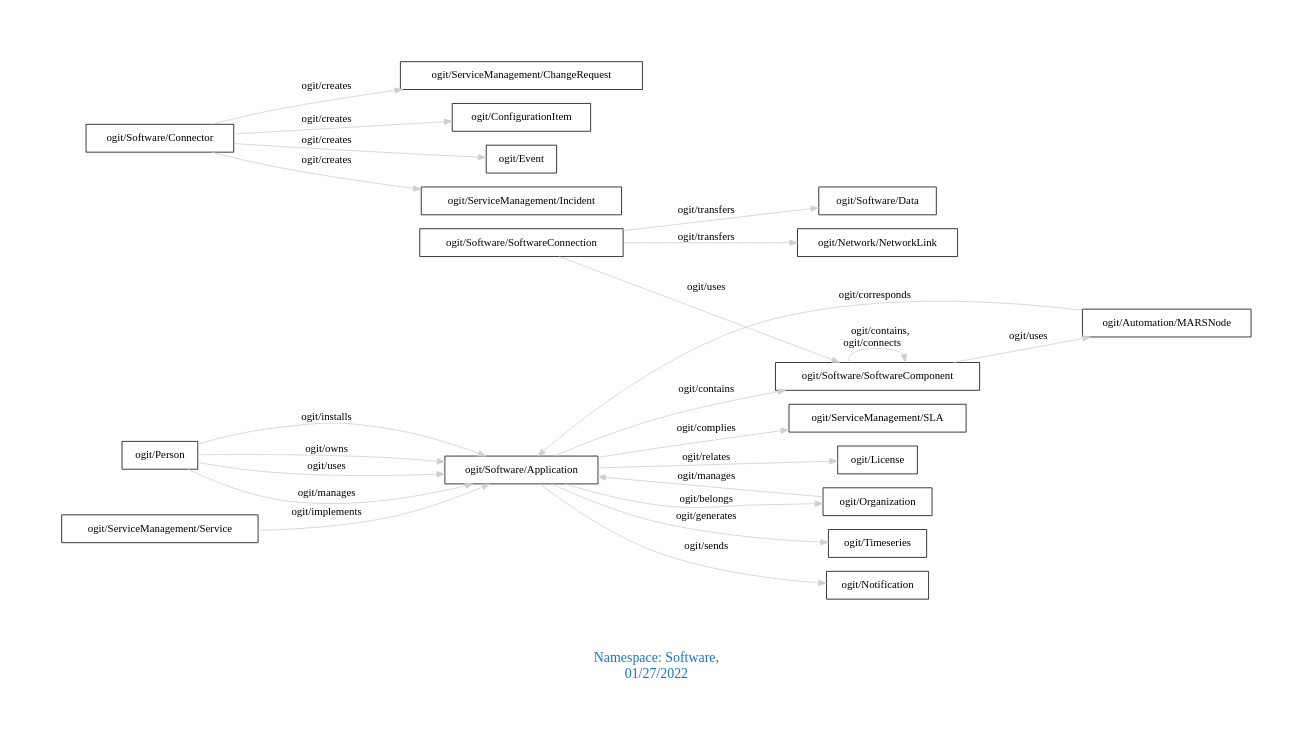
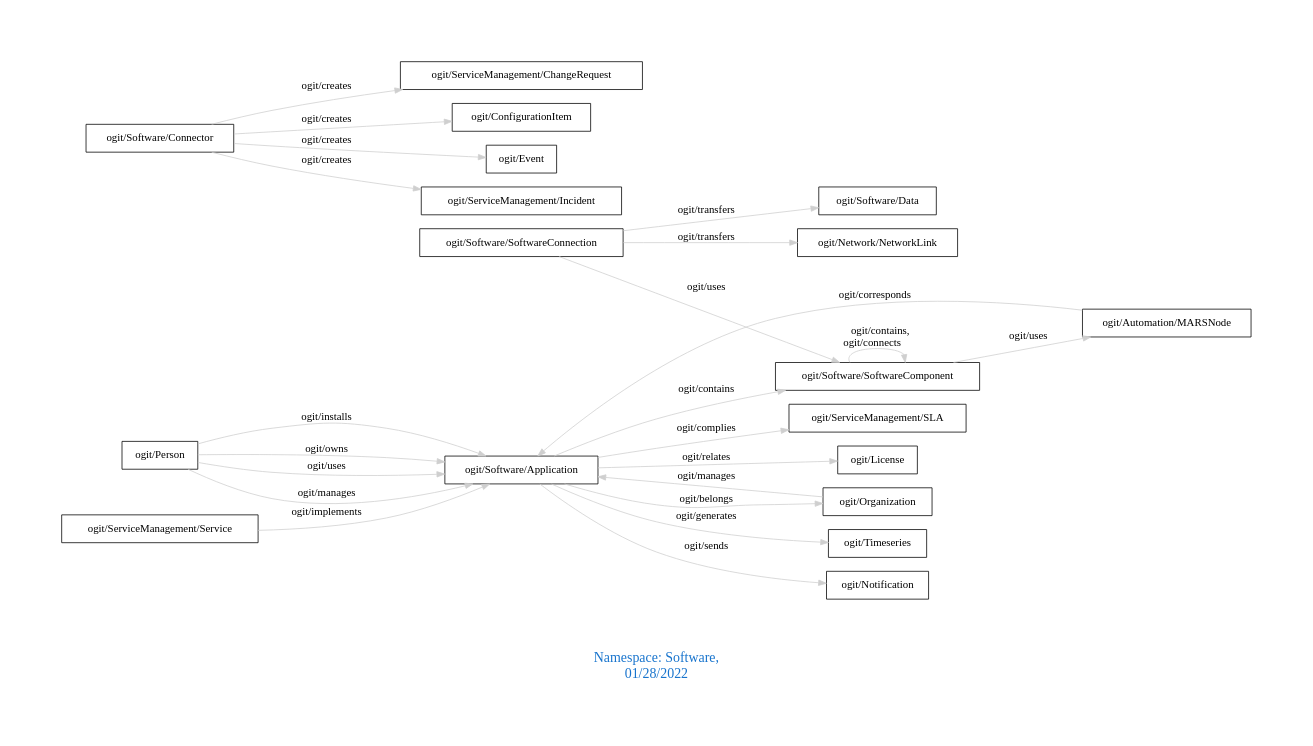
One commit to arago/OGIT changed the diagram in downloads/Software.dot. Above: the diagram before and after it, drawn with Graphviz. The commit also changed 1923 other files, not shown here.

```diff
--- a/downloads/Software.dot
+++ b/downloads/Software.dot
@@ -1,30 +1,30 @@
 digraph OGIT_ontology {
  graph [ rankdir= LR,pad=1 
 fontsize = 18,
-fontcolor= dodgerblue3,label = "\n\n\nNamespace: Software, \n 01/27/2022"];
+fontcolor= dodgerblue3,label = "\n\n\nNamespace: Software, \n 01/28/2022"];
 node[shape=polygon];
 edge [  color="gray81"];
 
    "ogit/Software/Application" -> "ogit/Software/SoftwareComponent" [label="   ogit/contains    "];
    "ogit/Organization" -> "ogit/Software/Application" [label="   ogit/manages    "];
    "ogit/Person" -> "ogit/Software/Application" [label="   ogit/manages    "];
    "ogit/Software/Application" -> "ogit/Timeseries" [label="   ogit/generates    "];
    "ogit/Software/Application" -> "ogit/Notification" [label="   ogit/sends    "];
    "ogit/Software/Connector" -> "ogit/ServiceManagement/ChangeRequest" [label="   ogit/creates    "];
    "ogit/Software/Connector" -> "ogit/ConfigurationItem" [label="   ogit/creates    "];
    "ogit/Software/Connector" -> "ogit/Event" [label="   ogit/creates    "];
    "ogit/Software/Connector" -> "ogit/ServiceManagement/Incident" [label="   ogit/creates    "];
    "ogit/Software/Application" -> "ogit/ServiceManagement/SLA" [label="   ogit/complies    "];
    "ogit/Automation/MARSNode" -> "ogit/Software/Application" [label="   ogit/corresponds    "];
    "ogit/Person" -> "ogit/Software/Application" [label="   ogit/installs    "];
    "ogit/Software/SoftwareConnection" -> "ogit/Software/Data" [label="   ogit/transfers    "];
    "ogit/Software/SoftwareConnection" -> "ogit/Network/NetworkLink" [label="   ogit/transfers    "];
    "ogit/ServiceManagement/Service" -> "ogit/Software/Application" [label="   ogit/implements    "];
    "ogit/Person" -> "ogit/Software/Application" [label="   ogit/owns    "];
    "ogit/Software/Application" -> "ogit/Organization" [label="   ogit/belongs    "];
+   "ogit/Software/SoftwareComponent" -> "ogit/Automation/MARSNode" [label="   ogit/uses    "];
    "ogit/Software/SoftwareConnection" -> "ogit/Software/SoftwareComponent" [label="   ogit/uses    "];
-   "ogit/Software/SoftwareComponent" -> "ogit/Automation/MARSNode" [label="   ogit/uses    "];
    "ogit/Person" -> "ogit/Software/Application" [label="   ogit/uses    "];
    "ogit/Software/Application" -> "ogit/License" [label="   ogit/relates    "];
    "ogit/Software/SoftwareComponent" -> "ogit/Software/SoftwareComponent" [label="   ogit/contains, \n ogit/connects    "];
 }
```
